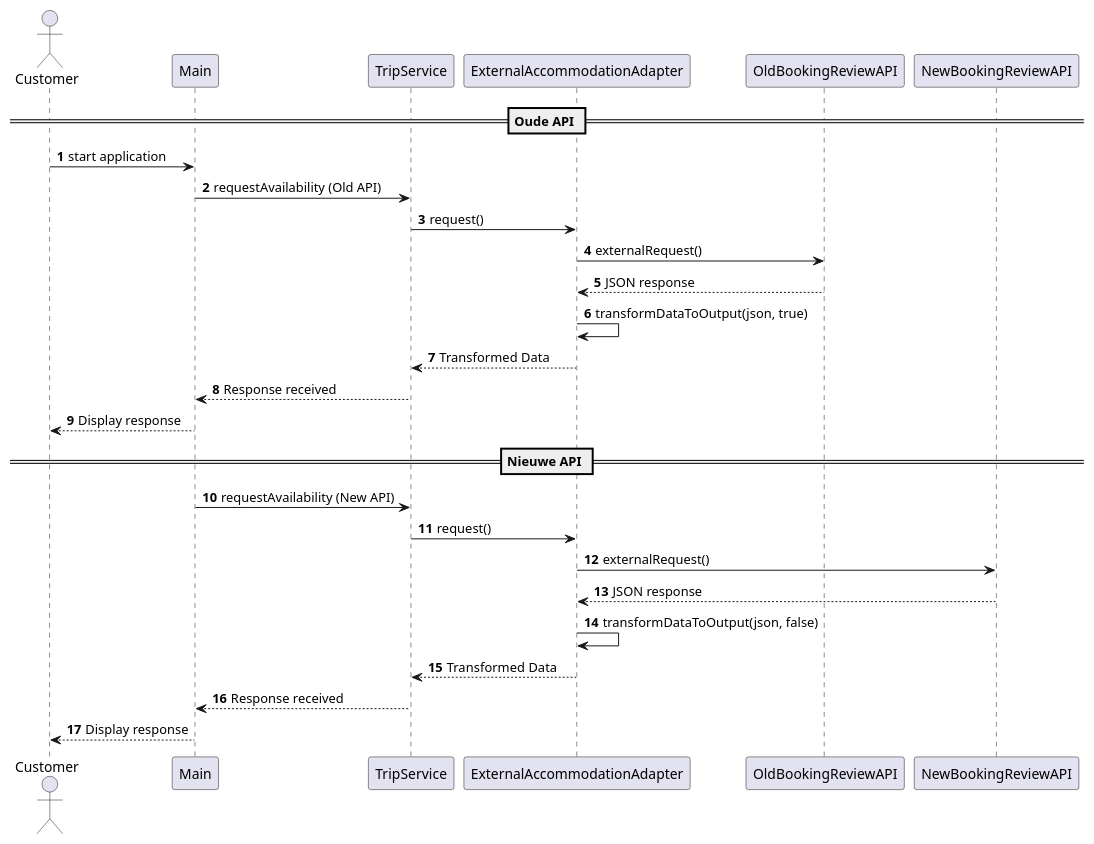
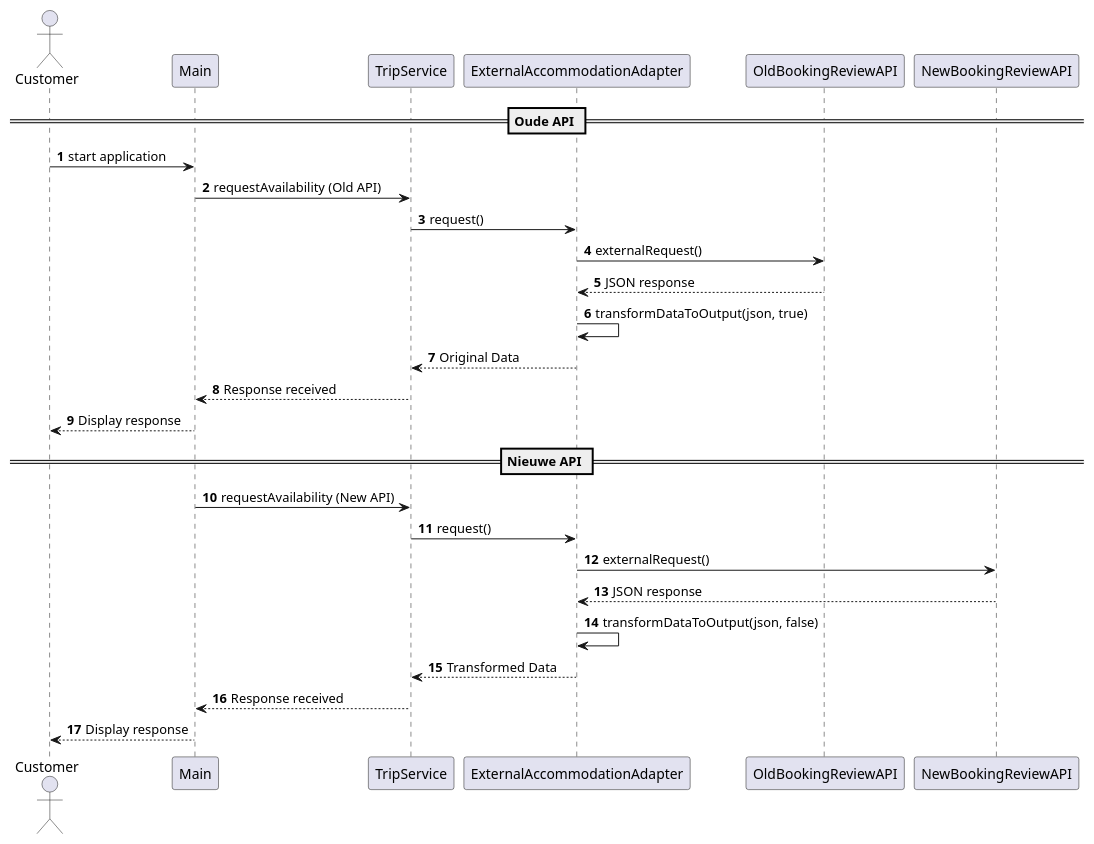
One commit to AIM-ENE-feb25/triptop-groep-5 changed the diagram in software-guidebook/VervangenSequenceDiagram.puml. Above: the diagram before and after it, drawn with PlantUML. The commit also changed 2 other files, not shown here.

```diff
--- a/software-guidebook/VervangenSequenceDiagram.puml
+++ b/software-guidebook/VervangenSequenceDiagram.puml
@@ -1,35 +1,35 @@
 @startuml
 
 autonumber
 
 actor Customer
 participant Main
 participant TripService
 participant ExternalAccommodationAdapter
 participant OldBookingReviewAPI
 participant NewBookingReviewAPI
 
 == Oude API ==
 
 Customer -> Main: start application
 Main -> TripService: requestAvailability (Old API)
 TripService -> ExternalAccommodationAdapter: request()
 ExternalAccommodationAdapter -> OldBookingReviewAPI: externalRequest()
 OldBookingReviewAPI --> ExternalAccommodationAdapter: JSON response
 ExternalAccommodationAdapter -> ExternalAccommodationAdapter: transformDataToOutput(json, true)
-ExternalAccommodationAdapter --> TripService: Transformed Data
+ExternalAccommodationAdapter --> TripService: Original Data
 TripService --> Main: Response received
 Main --> Customer: Display response
 
 == Nieuwe API ==
 
 Main -> TripService: requestAvailability (New API)
 TripService -> ExternalAccommodationAdapter: request()
 ExternalAccommodationAdapter -> NewBookingReviewAPI: externalRequest()
 NewBookingReviewAPI --> ExternalAccommodationAdapter: JSON response
 ExternalAccommodationAdapter -> ExternalAccommodationAdapter: transformDataToOutput(json, false)
 ExternalAccommodationAdapter --> TripService: Transformed Data
 TripService --> Main: Response received
 Main --> Customer: Display response
 
 @enduml
```
